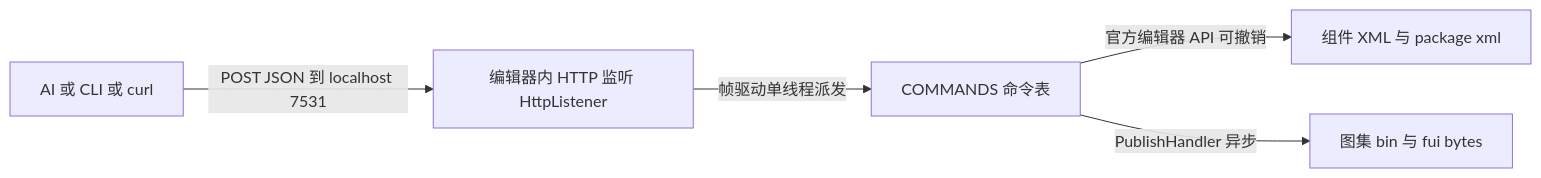
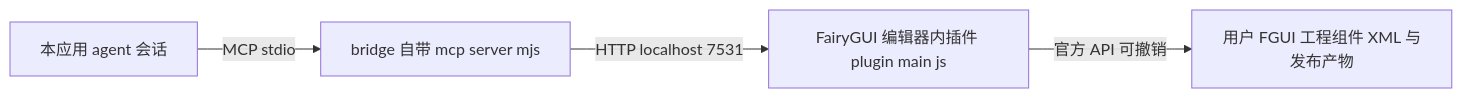
The diagram in dev-docs/research/FairyGUI插件构建可行性分析.md (mickorz/game-workbench), drawn with Mermaid before and after one commit. The commit also changed other lines of this file, not shown here.

Commit message:
重写可行性分析：目标改为接入本应用插件系统（plugins/fairygui 插件包），以 agent-bridge MCP server 为底座

````diff
--- a/dev-docs/research/FairyGUI插件构建可行性分析.md
+++ b/dev-docs/research/FairyGUI插件构建可行性分析.md
@@ -68,7 +55,6 @@
 ```mermaid
 flowchart LR
-    A[AI 或 CLI 或 curl] -->|POST JSON 到 localhost 7531| B[编辑器内 HTTP 监听 HttpListener]
-    B -->|帧驱动单线程派发| C[COMMANDS 命令表]
-    C -->|官方编辑器 API 可撤销| D[组件 XML 与 package xml]
-    C -->|PublishHandler 异步| E[图集 bin 与 fui bytes]
+    A[本应用 agent 会话] -->|MCP stdio| B[bridge 自带 mcp server mjs]
+    B -->|HTTP localhost 7531| C[FairyGUI 编辑器内插件 plugin main js]
+    C -->|官方 API 可撤销| D[用户 FGUI 工程组件 XML 与发布产物]
 ```
````
